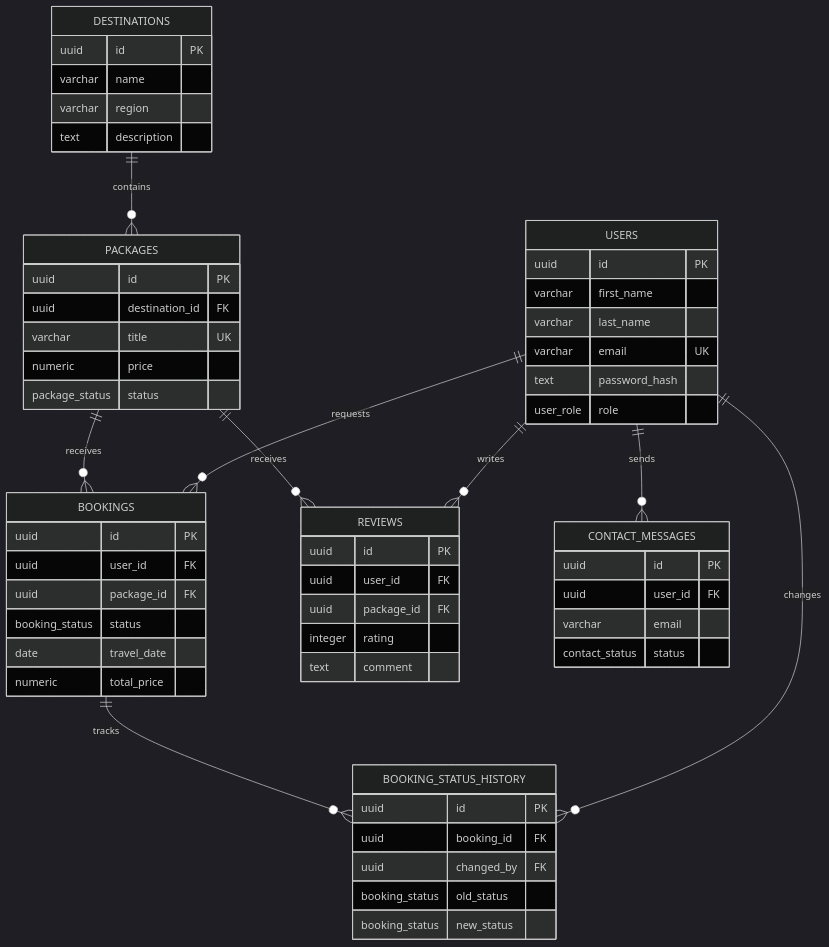
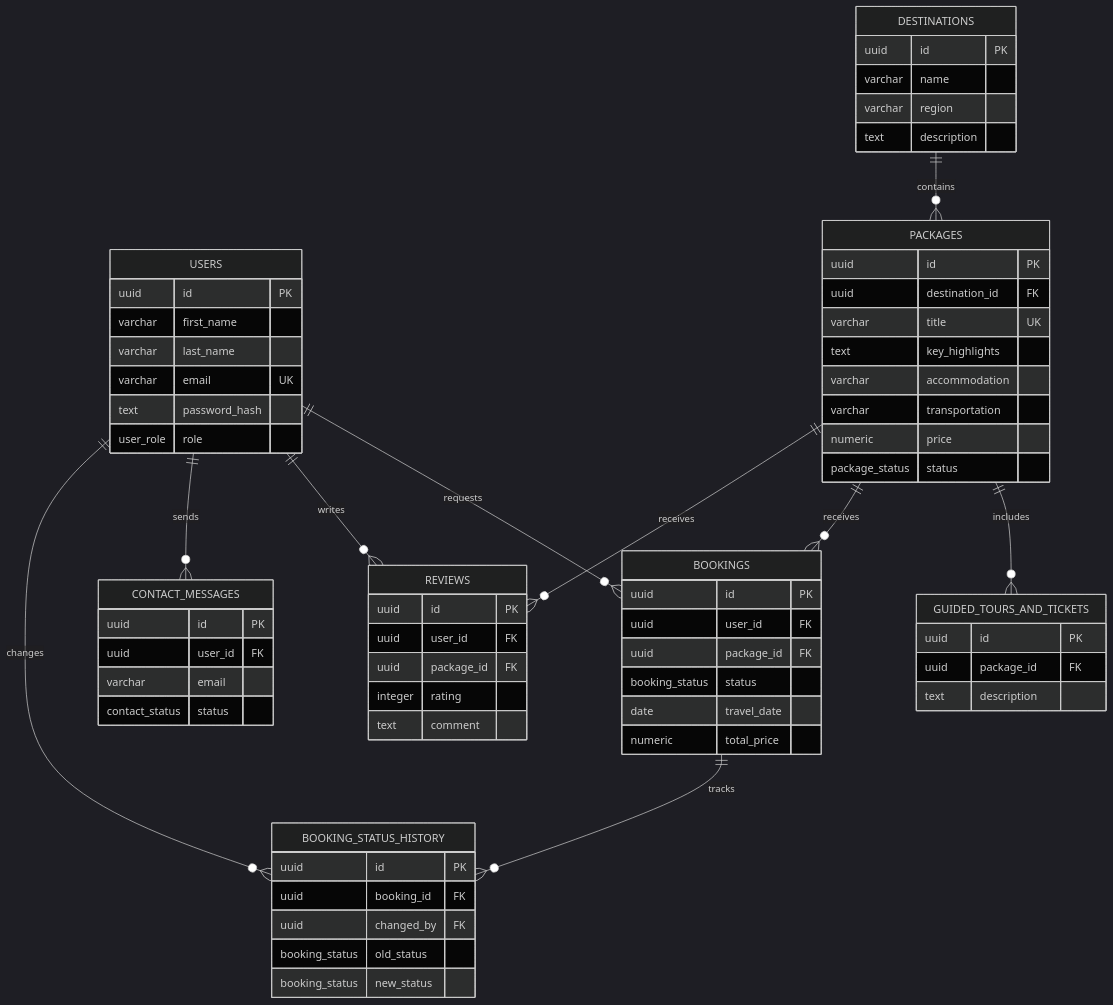
The diagram in docs/erd.md (EsmeS31/CielitoAdventures-Finalproject-CSE-340-), drawn with Mermaid (dark theme) before and after one commit. The commit also changed 8 other files, not shown here.

Commit message:
Add package inclusions schema details

````diff
--- a/docs/erd.md
+++ b/docs/erd.md
@@ -5,67 +5,77 @@
 ```mermaid
 erDiagram
   USERS ||--o{ BOOKINGS : requests
   USERS ||--o{ REVIEWS : writes
   USERS ||--o{ CONTACT_MESSAGES : sends
   USERS ||--o{ BOOKING_STATUS_HISTORY : changes
   DESTINATIONS ||--o{ PACKAGES : contains
+  PACKAGES ||--o{ GUIDED_TOURS_AND_TICKETS : includes
   PACKAGES ||--o{ BOOKINGS : receives
   PACKAGES ||--o{ REVIEWS : receives
   BOOKINGS ||--o{ BOOKING_STATUS_HISTORY : tracks
 
   USERS {
     uuid id PK
     varchar first_name
     varchar last_name
     varchar email UK
     text password_hash
     user_role role
   }
 
   DESTINATIONS {
     uuid id PK
     varchar name
     varchar region
     text description
   }
 
   PACKAGES {
     uuid id PK
     uuid destination_id FK
     varchar title UK
+    text key_highlights
+    varchar accommodation
+    varchar transportation
     numeric price
     package_status status
+  }
+
+  GUIDED_TOURS_AND_TICKETS {
+    uuid id PK
+    uuid package_id FK
+    text description
   }
 
   BOOKINGS {
     uuid id PK
     uuid user_id FK
     uuid package_id FK
     booking_status status
     date travel_date
     numeric total_price
   }
 
   BOOKING_STATUS_HISTORY {
     uuid id PK
     uuid booking_id FK
     uuid changed_by FK
     booking_status old_status
     booking_status new_status
   }
 
   REVIEWS {
     uuid id PK
     uuid user_id FK
     uuid package_id FK
     integer rating
     text comment
   }
 
   CONTACT_MESSAGES {
     uuid id PK
     uuid user_id FK
     varchar email
     contact_status status
   }
 ```
````
